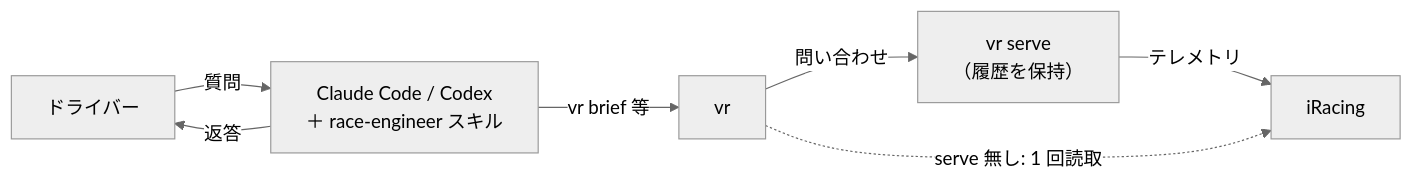
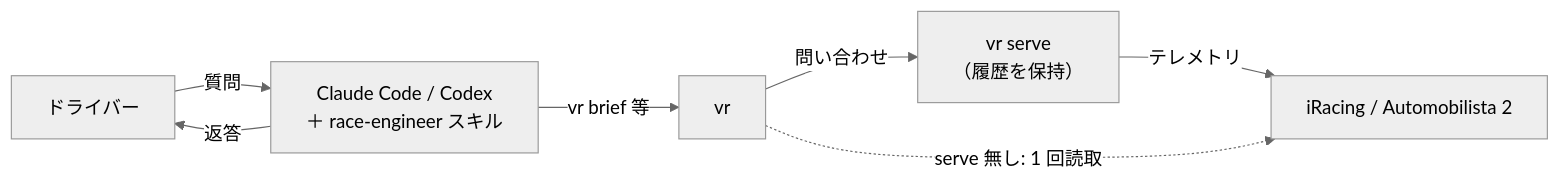
Before and after one commit to r4ai/vibe-racing: the diagram in README.md, drawn with Mermaid (neutral theme). The commit also changed other lines of this file and 34 other files, not shown here.

````diff
--- a/README.md
+++ b/README.md
@@ -21,15 +21,15 @@
 ```mermaid
 flowchart LR
     Driver["ドライバー"]
     Agent["Claude Code / Codex<br/>＋ race-engineer スキル"]
     Vr["vr"]
     Serve["vr serve<br/>（履歴を保持）"]
-    Game["iRacing"]
+    Game["iRacing / Automobilista 2"]
 
     Driver -->|質問| Agent
     Agent -->|返答| Driver
     Agent -->|vr brief 等| Vr
     Vr -->|問い合わせ| Serve
     Serve -->|テレメトリ| Game
     Vr -.->|serve 無し: 1 回読取| Game
 ```
````
